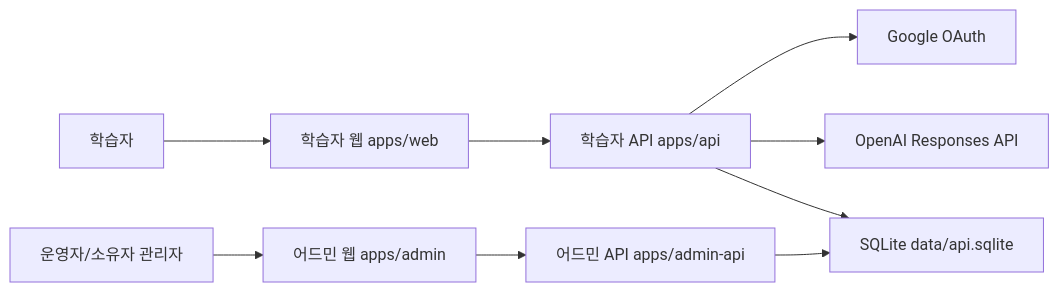
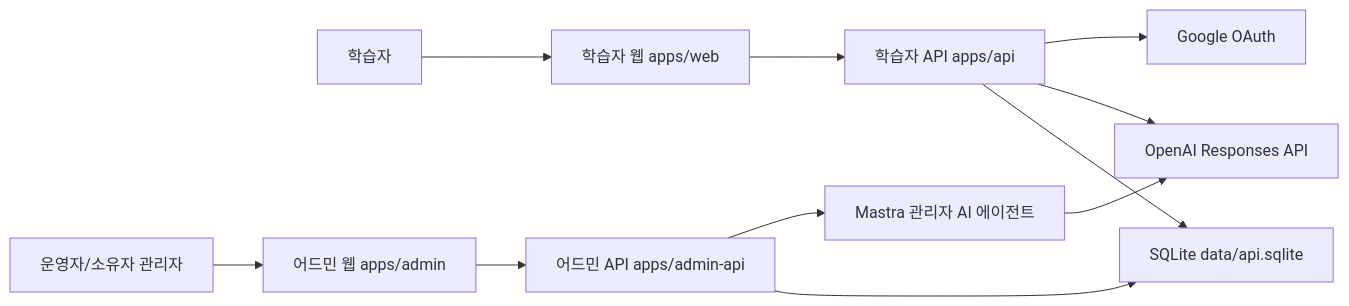
The first of 2 diagrams in docs/engineering/system-overview.md (qaws7791/writing-app), drawn with Mermaid before and after one commit. The commit also changed other lines of this file and 3 other files, not shown here.

````diff
--- a/docs/engineering/system-overview.md
+++ b/docs/engineering/system-overview.md
@@ -19,11 +19,13 @@
 ```mermaid
 flowchart LR
   learner["학습자"] --> web["학습자 웹 apps/web"]
   admin["운영자/소유자 관리자"] --> adminWeb["어드민 웹 apps/admin"]
   web --> api["학습자 API apps/api"]
   adminWeb --> adminApi["어드민 API apps/admin-api"]
   api --> google["Google OAuth"]
   api --> openai["OpenAI Responses API"]
+  adminApi --> mastra["Mastra 관리자 AI 에이전트"]
+  mastra --> openai
   api --> db["SQLite data/api.sqlite"]
   adminApi --> db
 ```
````
